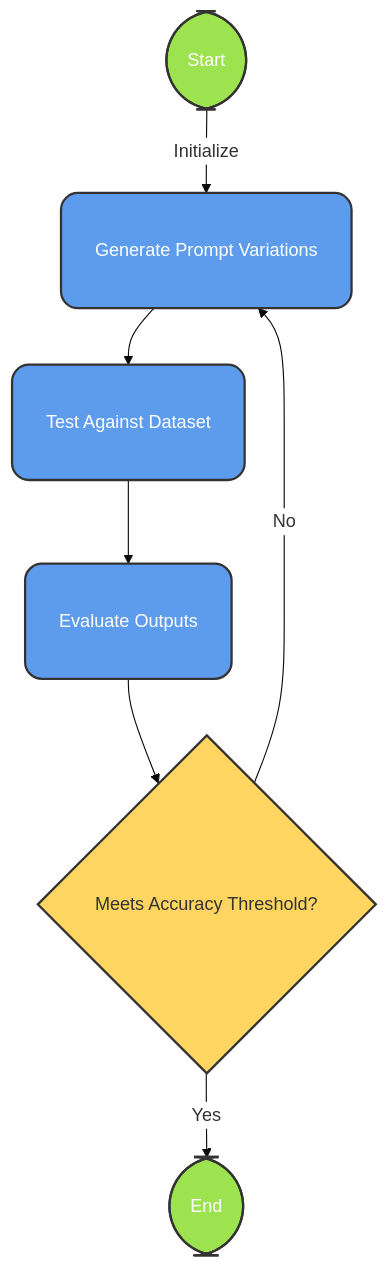
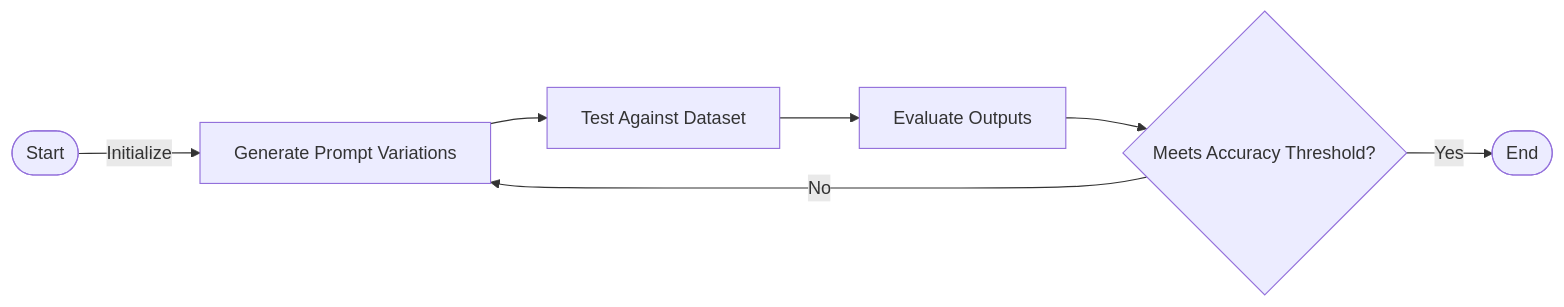
One commit to akbayt/prompt-optimizer changed the diagram in README.md. Above: the diagram before and after it, drawn with Mermaid.

````diff
--- a/README.md
+++ b/README.md
@@ -3,19 +3,9 @@
 ```mermaid
-%%{init: {'theme': 'base', 'themeVariables': { 'primaryColor': '#5D9CEC', 'edgeLabelBackground':'#FFFFFF', 'tertiaryColor': '#F4F4F4'}}}%%
-flowchart TD
+flowchart LR
     A([Start]) -->|Initialize| B[Generate Prompt Variations]
     B --> C[Test Against Dataset]
     C --> D[Evaluate Outputs]
     D --> E{Meets Accuracy Threshold?}
     E -->|No| B
     E -->|Yes| F([End])
-    
-    classDef default fill:#F4F4F4,stroke:#333,stroke-width:2px,rx:10,ry:10;
-    classDef process fill:#5D9CEC,stroke:#333,stroke-width:2px,color:white,rx:15,ry:15,padding:20px;
-    classDef decision fill:#FFD561,stroke:#333,stroke-width:2px,rx:10,ry:10,padding:15px;
-    classDef endpoint fill:#9DE24F,stroke:#333,stroke-width:2px,color:white,rx:40,ry:40,padding:10px;
-    
-    class A,F endpoint;
-    class B,C,D process;
-    class E decision;
 ```
````
